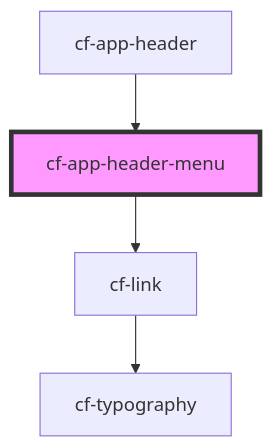
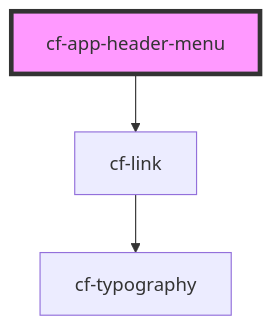
Before and after one commit to DriLLFreAK100/codefee-component: the diagram in src/components/cf-app-header/cf-app-header-menu/readme.md, drawn with Mermaid. The commit also changed other lines of this file and 10 other files, not shown here.

Commit message:
feat(app-header): deconstruct child components

````diff
--- a/src/components/cf-app-header/cf-app-header-menu/readme.md
+++ b/src/components/cf-app-header/cf-app-header-menu/readme.md
@@ -26,7 +24,6 @@
 ```mermaid
 graph TD;
   cf-app-header-menu --> cf-link
   cf-link --> cf-typography
-  cf-app-header --> cf-app-header-menu
   style cf-app-header-menu fill:#f9f,stroke:#333,stroke-width:4px
 ```
````
